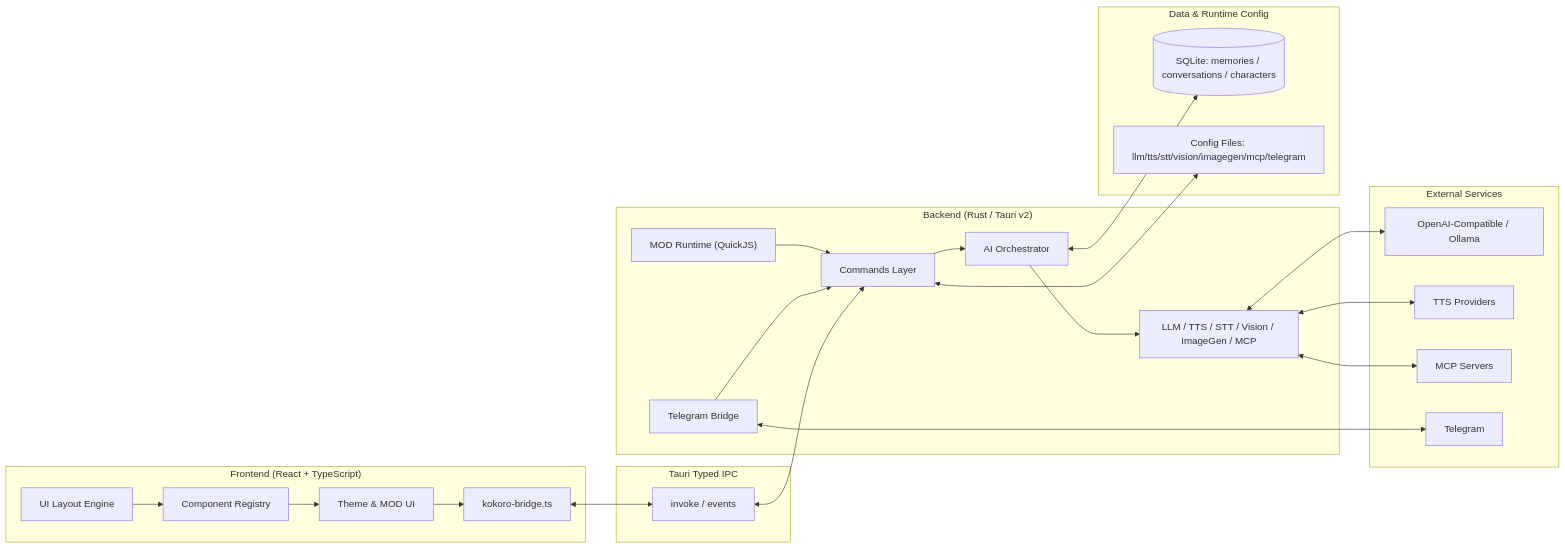
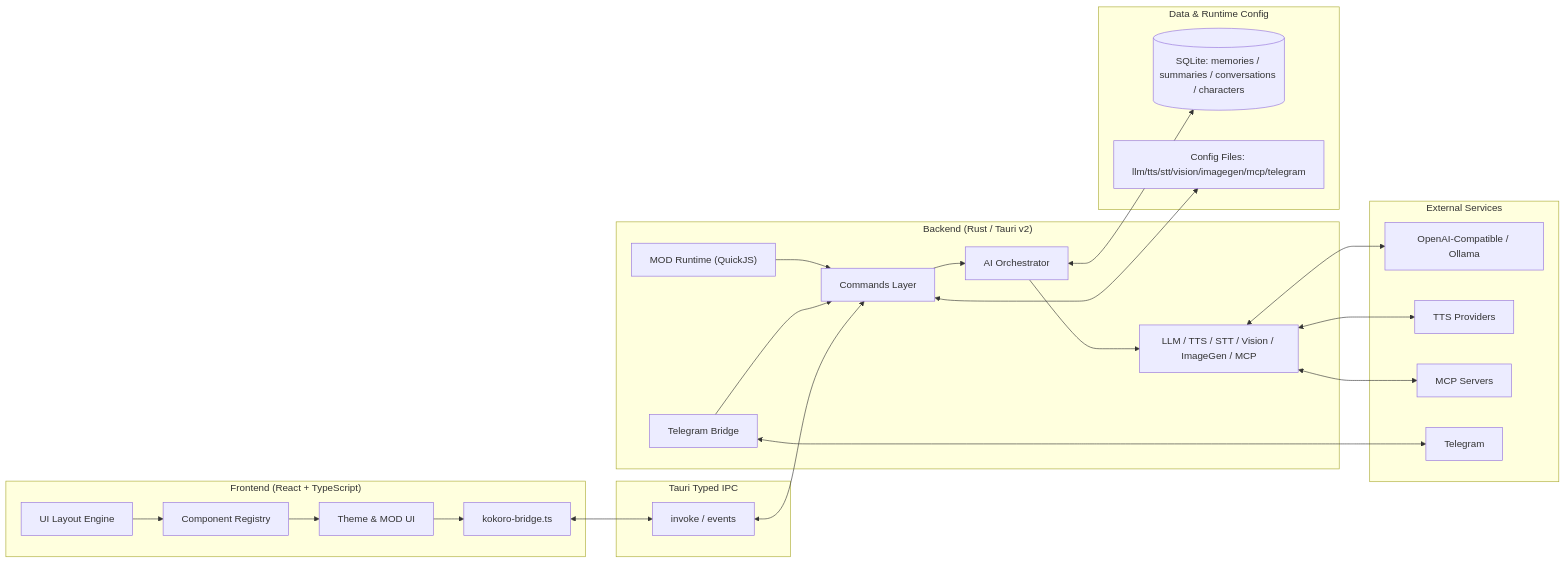
The diagram in README.md (chyinan/Kokoro-Engine), drawn with Mermaid before and after one commit. The commit also changed other lines of this file and 4 other files, not shown here.

Commit message:
docs(readme): sync memory architecture copy across languages

````diff
--- a/README.md
+++ b/README.md
@@ -129,51 +129,51 @@
 ```mermaid
 flowchart LR
   subgraph FE["Frontend (React + TypeScript)"]
     FE_UI["UI Layout Engine"]
     FE_REG["Component Registry"]
     FE_THEME["Theme & MOD UI"]
     FE_BRIDGE["kokoro-bridge.ts"]
     FE_UI --> FE_REG
     FE_REG --> FE_THEME
     FE_THEME --> FE_BRIDGE
   end
 
   subgraph IPC["Tauri Typed IPC"]
     IPC_INVOKE["invoke / events"]
   end
 
   subgraph BE["Backend (Rust / Tauri v2)"]
     BE_CMD["Commands Layer"]
     BE_ORCH["AI Orchestrator"]
     BE_MULTI["LLM / TTS / STT / Vision / ImageGen / MCP"]
     BE_MOD["MOD Runtime (QuickJS)"]
     BE_TG["Telegram Bridge"]
     BE_CMD --> BE_ORCH
     BE_ORCH --> BE_MULTI
     BE_MOD --> BE_CMD
     BE_TG --> BE_CMD
   end
 
   subgraph DATA["Data & Runtime Config"]
-    DB[("SQLite: memories / conversations / characters")]
+    DB[("SQLite: memories / summaries / conversations / characters")]
     CFG["Config Files: llm/tts/stt/vision/imagegen/mcp/telegram"]
   end
 
   subgraph EXT["External Services"]
     EXT_LLM["OpenAI-Compatible / Ollama"]
     EXT_TTS["TTS Providers"]
     EXT_MCP["MCP Servers"]
     EXT_TG["Telegram"]
   end
 
   FE_BRIDGE <--> IPC_INVOKE
   IPC_INVOKE <--> BE_CMD
 
   BE_MULTI <--> EXT_LLM
   BE_MULTI <--> EXT_TTS
   BE_MULTI <--> EXT_MCP
   BE_TG <--> EXT_TG
 
   BE_ORCH <--> DB
   BE_CMD <--> CFG
 ```
````
